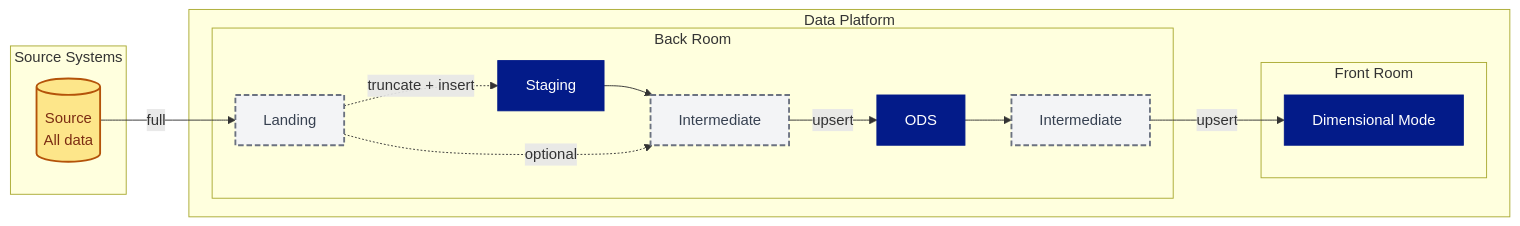
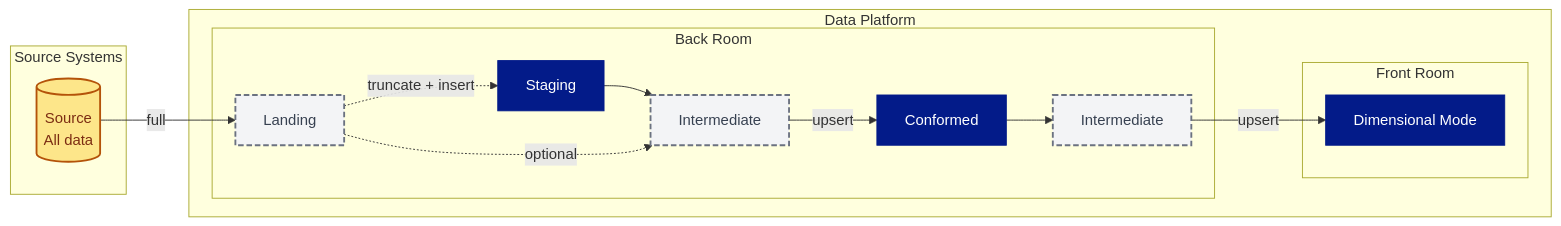
One commit to PlainsightPro/Vision-Playbook changed the first of 2 diagrams in Technical Guideline Ops/Architectural Principles/Data Sources & Data Loading.md. Above: the diagram before and after it, drawn with Mermaid. The commit also changed other lines of this file and 11 other files, not shown here.

````diff
--- a/Technical Guideline Ops/Architectural Principles/Data Sources & Data Loading.md
+++ b/Technical Guideline Ops/Architectural Principles/Data Sources & Data Loading.md
@@ -32,42 +32,42 @@
 ```mermaid
 ---
 config:
   theme: forest
   layout: elk
 ---
 %%{init: { "flowchart": { "useMaxWidth": true } }}%%
 graph LR
   subgraph Source Systems
     S[(Source<br/>All data)]:::full
   end
 
   subgraph Data Platform
     subgraph Back Room
       L[Landing]:::delta
       B[Staging]:::all
       M1[Intermediate]:::delta
-      ODS[ODS]:::all
+      CONF[Conformed]:::all
       M2[Intermediate]:::delta
     end
     subgraph Front Room
       D[Dimensional Mode]:::all
     end
   end
 
 %% Flows
 S -->|full| L 
 L -.->|truncate + insert| B 
 B --> M1 
 L -.->|optional| M1
-M1 -->|upsert|ODS 
-ODS -->M2 
+M1 -->|upsert|CONF 
+CONF -->M2 
 M2 -->|upsert| D
 
 
 %% Styles
 classDef delta fill:#F3F4F6,stroke:#6B7280,stroke-width:2px,stroke-dasharray:6 3,color:#374151;
 classDef all fill:#031B89,stroke:#031B89,stroke-width:1px,color:#FFFFFF;
 classDef full fill:#FDE68A,stroke:#B45309,stroke-width:2px,color:#7C2D12;
 
 
 ```
````
